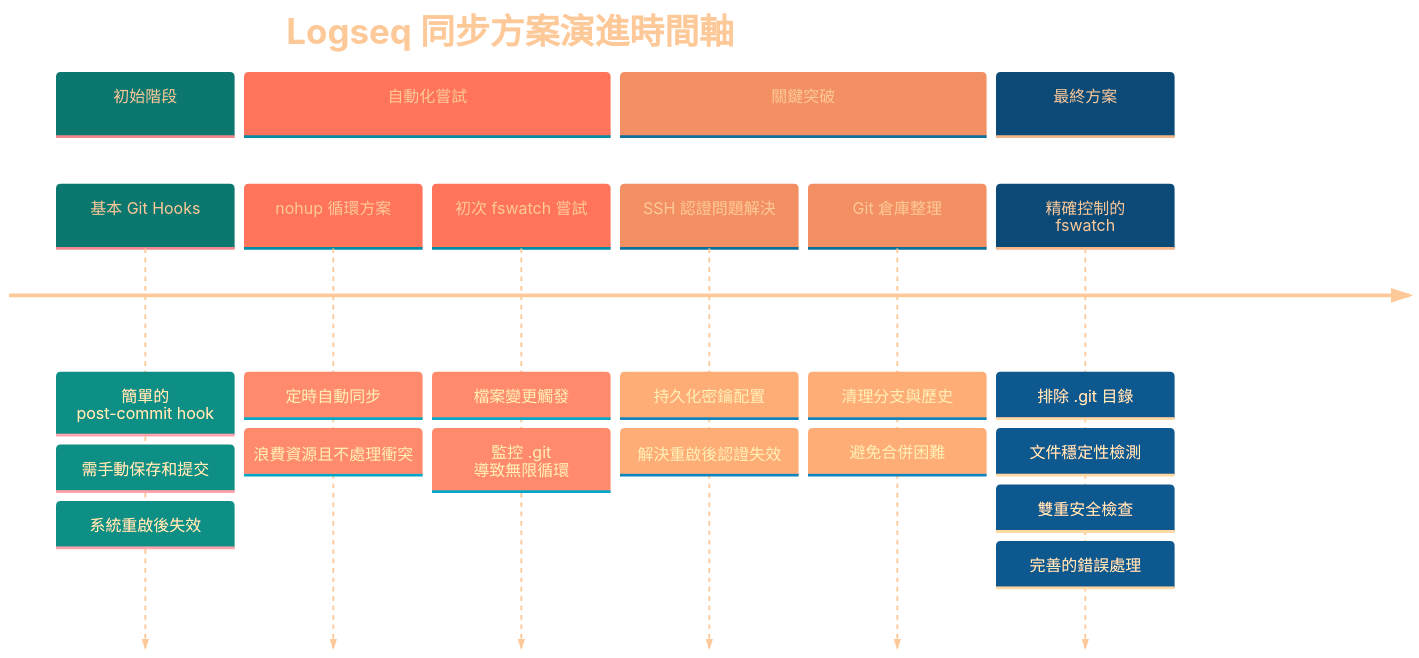
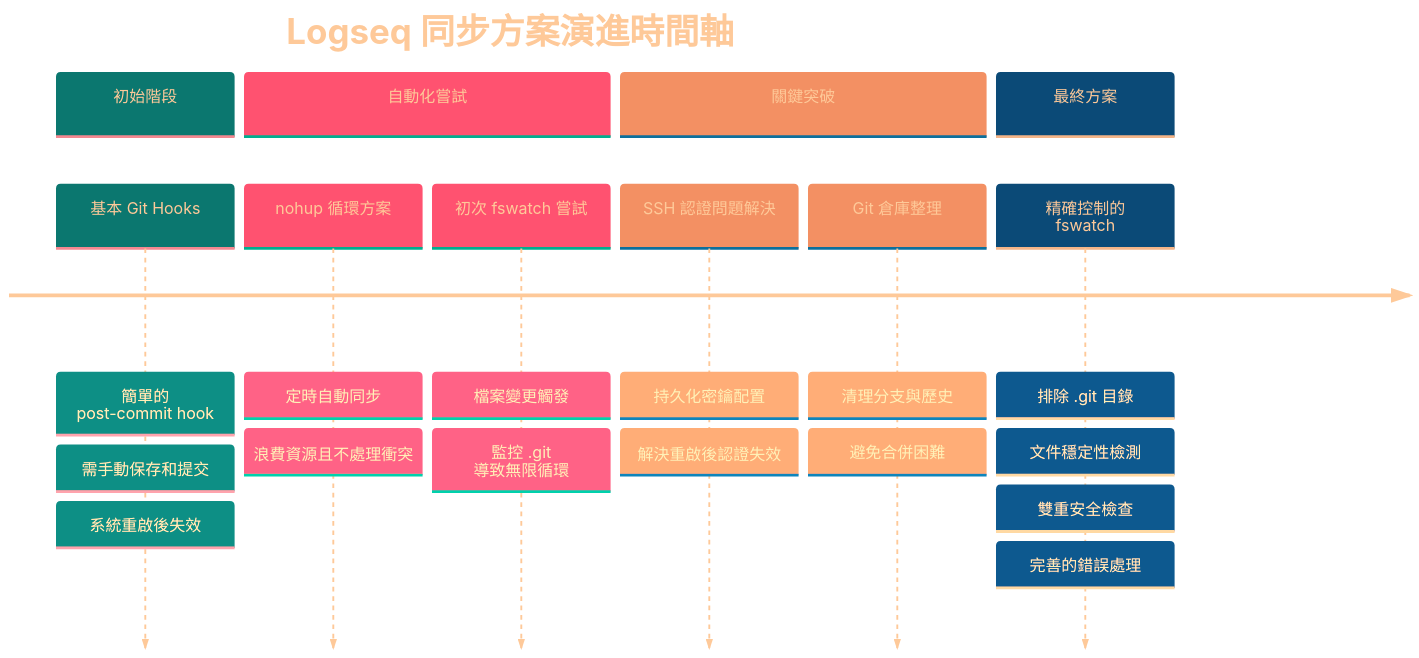
Before and after one commit to GengGeng026/Sync-Logseq: the first of 2 diagrams in Logseq同步方案演進記錄.md, drawn with Mermaid.

Commit message:
Auto-sync: Wed Mar 26 10:05:02 +08 2025

````diff
--- a/Logseq同步方案演進記錄.md
+++ b/Logseq同步方案演進記錄.md
@@ -24,38 +24,38 @@
 ```mermaid
 %%{init: {
   'theme': 'base', 
   'themeVariables': {
     'primaryTextColor': '#FEC999',
     'primaryColor': '#19E9D9',
-    'secondaryColor': '#FFDFD9',
+    'secondaryColor': '#FFD1D9',
     'tertiaryColor': '#FCE4D9',
     'primaryBorderColor': '#A9D9D9',
     'background': 'transparent',
     'clusterBkg': 'transparent',
     'fontFamily': 'default',
     'fontSize': '17px',
     'fontWeight': 'normal'
   }
 }}%%
 timeline
     title Logseq 同步方案演進時間軸
     section 初始階段
         基本 Git Hooks : 簡單的 post-commit hook
         : 需手動保存和提交
         : 系統重啟後失效
     section 自動化嘗試
         nohup 循環方案 : 定時自動同步
         : 浪費資源且不處理衝突
         初次 fswatch 嘗試 : 檔案變更觸發
         : 監控 .git 導致無限循環
     section 關鍵突破
         SSH 認證問題解決 : 持久化密鑰配置
         : 解決重啟後認證失效
         Git 倉庫整理 : 清理分支與歷史
         : 避免合併困難
     section 最終方案
         精確控制的 fswatch : 排除 .git 目錄
         : 文件穩定性檢測
         : 雙重安全檢查
         : 完善的錯誤處理
 ```
````
